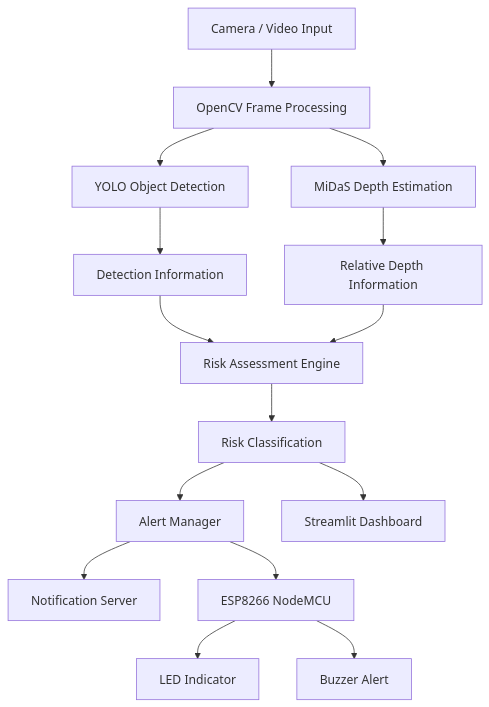
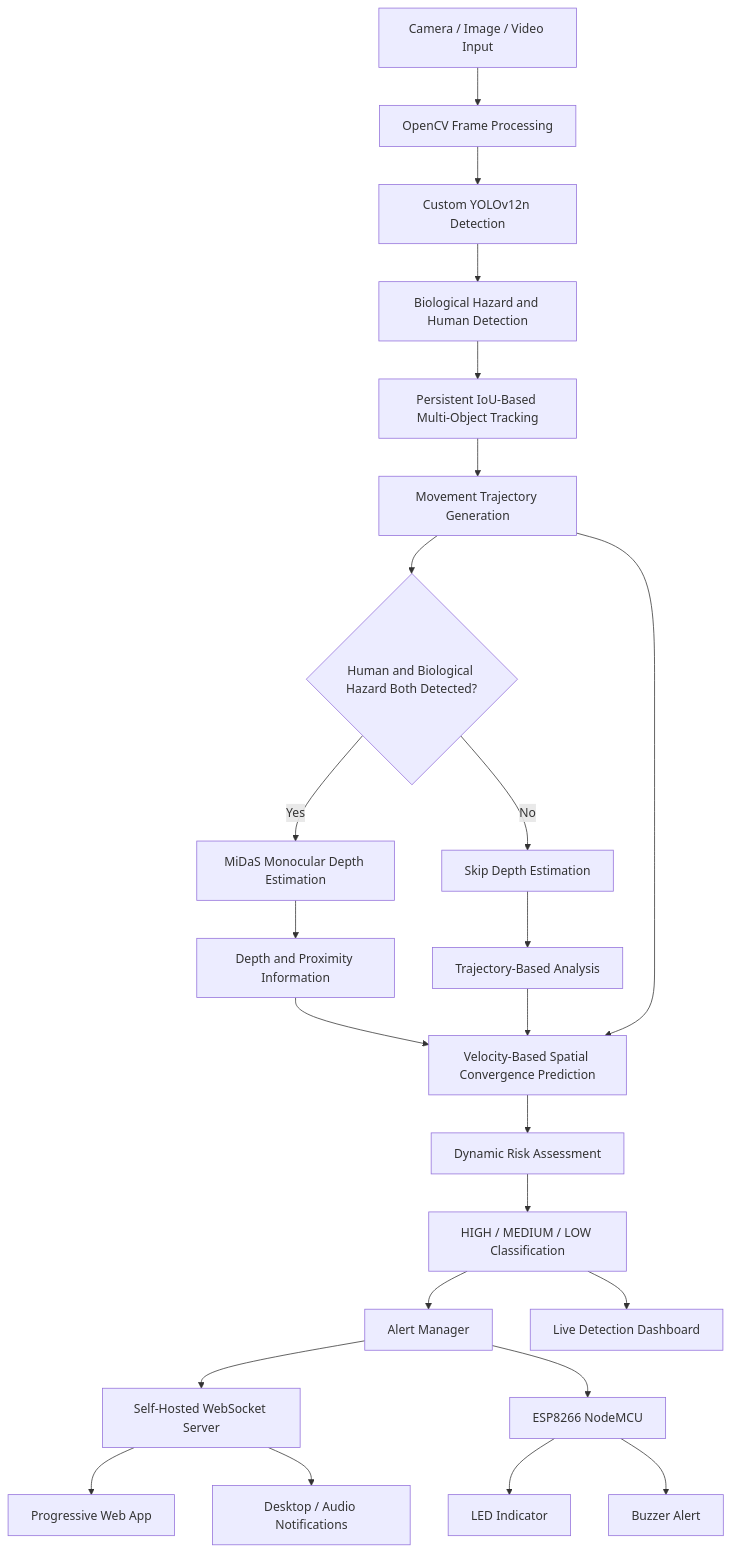
One commit to Anubhav7070/Real-Time-Multi-Class-Hazard-Detection changed the diagram in README.md. Above: the diagram before and after it, drawn with Mermaid. The commit also changed other lines of this file, not shown here.

````diff
--- a/README.md
+++ b/README.md
@@ -39,17 +48,26 @@
 ```mermaid
 flowchart TD
-    A["Camera / Video Input"] --> B["OpenCV Frame Processing"]
-    B --> C["YOLO Object Detection"]
-    B --> D["MiDaS Depth Estimation"]
-    C --> E["Detection Information"]
-    D --> F["Relative Depth Information"]
-    E --> G["Risk Assessment Engine"]
-    F --> G
-    G --> H["Risk Classification"]
-    H --> I["Alert Manager"]
-    H --> J["Streamlit Dashboard"]
-    I --> K["Notification Server"]
-    I --> L["ESP8266 NodeMCU"]
-    L --> M["LED Indicator"]
-    L --> N["Buzzer Alert"]
+    A["Camera / Image / Video Input"] --> B["OpenCV Frame Processing"]
+    B --> C["Custom YOLOv12n Detection"]
+    C --> D["Biological Hazard and Human Detection"]
+    D --> E["Persistent IoU-Based Multi-Object Tracking"]
+    E --> F["Movement Trajectory Generation"]
+    F --> G{"Human and Biological Hazard Both Detected?"}
+    G -->|Yes| H["MiDaS Monocular Depth Estimation"]
+    G -->|No| I["Skip Depth Estimation"]
+    H --> J["Depth and Proximity Information"]
+    I --> K["Trajectory-Based Analysis"]
+    J --> L["Velocity-Based Spatial Convergence Prediction"]
+    K --> L
+    F --> L
+    L --> M["Dynamic Risk Assessment"]
+    M --> N["HIGH / MEDIUM / LOW Classification"]
+    N --> O["Alert Manager"]
+    N --> P["Live Detection Dashboard"]
+    O --> Q["Self-Hosted WebSocket Server"]
+    Q --> R["Progressive Web App"]
+    Q --> S["Desktop / Audio Notifications"]
+    O --> T["ESP8266 NodeMCU"]
+    T --> U["LED Indicator"]
+    T --> V["Buzzer Alert"]
 ```
````
